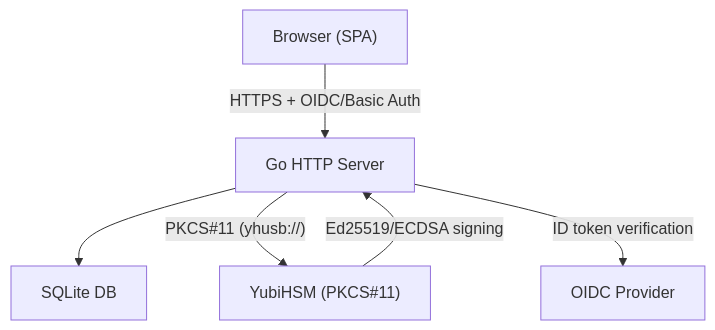
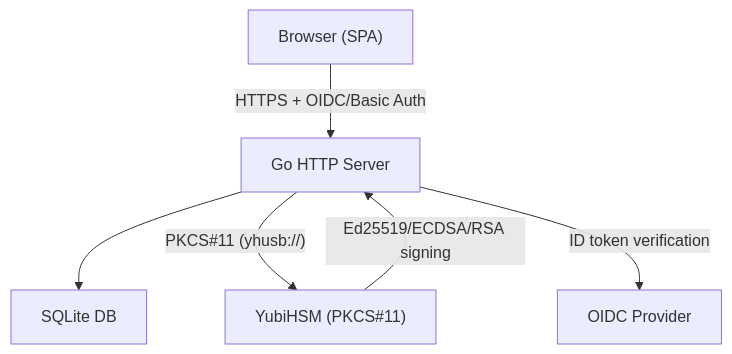
One commit to blechschmidt/secsy-pki changed the first of 5 diagrams in README.md. Above: the diagram before and after it, drawn with Mermaid. The commit also changed other lines of this file and 21 other files, not shown here.

````diff
--- a/README.md
+++ b/README.md
@@ -25,14 +26,14 @@
 ```mermaid
 graph TB
     Browser["Browser (SPA)"]
     Server["Go HTTP Server"]
     SQLite["SQLite DB"]
     HSM["YubiHSM (PKCS#11)"]
     OIDC["OIDC Provider"]
 
     Browser -->|"HTTPS + OIDC/Basic Auth"| Server
     Server --> SQLite
     Server -->|"PKCS#11 (yhusb://)"| HSM
     Server -->|"ID token verification"| OIDC
-    HSM -->|"Ed25519/ECDSA signing"| Server
+    HSM -->|"Ed25519/ECDSA/RSA signing"| Server
 ```
````
